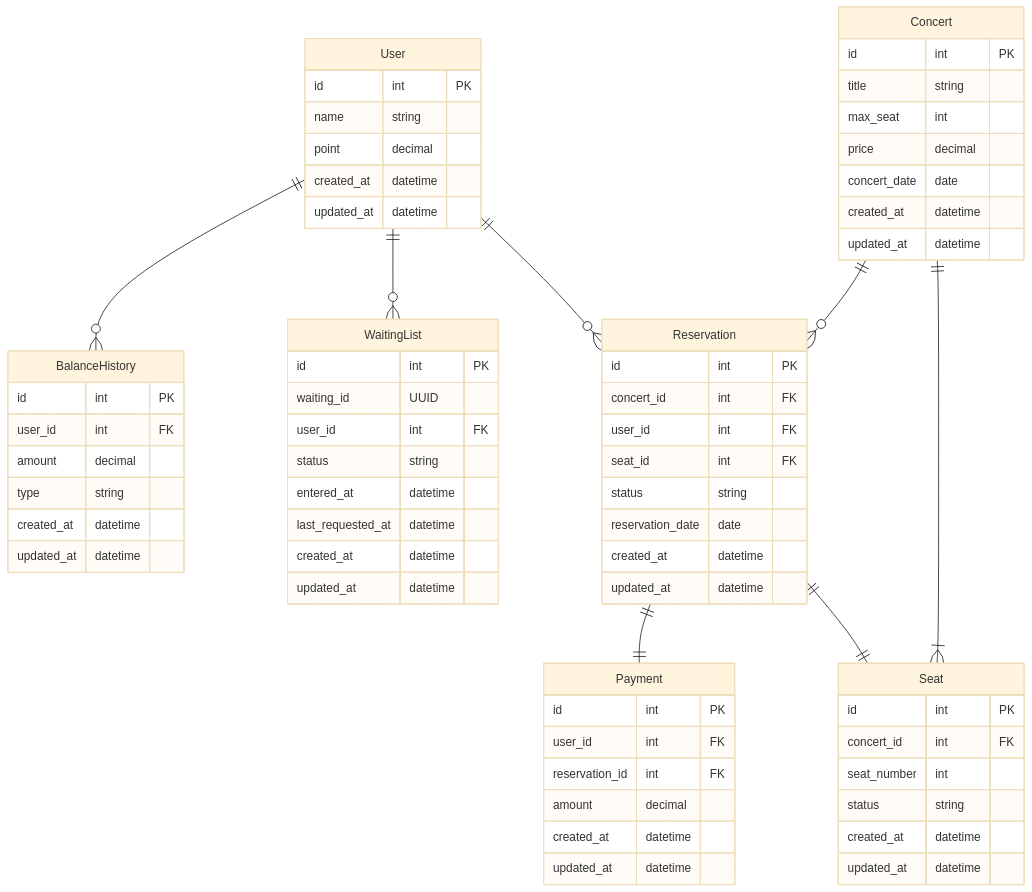
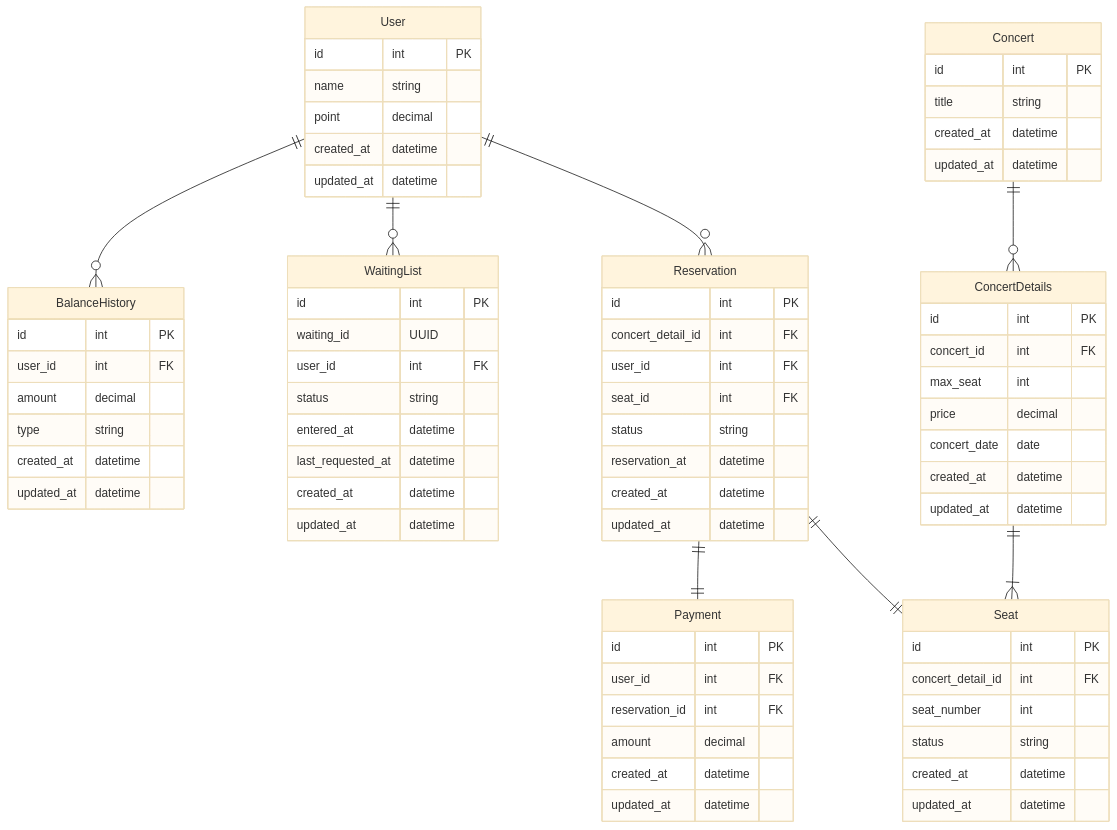
One commit to jhwon91/concert-reservation-system changed the diagram in docs/03.ERD.md. Above: the diagram before and after it, drawn with Mermaid (base theme).

Commit message:
docs: ERD 하나의 콘서트에 여려날짜 등록 할 수 있도록 수정

````diff
--- a/docs/03.ERD.md
+++ b/docs/03.ERD.md
@@ -31,6 +31,13 @@
     Concert {
         id int PK
         title string
+        created_at datetime
+        updated_at datetime
+    }
+
+    ConcertDetails {
+        id int PK
+        concert_id int FK
         max_seat int
         price decimal
         concert_date date
@@ -40,18 +47,18 @@
 
     Reservation {
         id int PK
-        concert_id int FK
+        concert_detail_id int FK
         user_id int FK
         seat_id int FK
         status string
-        reservation_date date
+        reservation_at datetime
         created_at datetime
         updated_at datetime
     }
 
     Seat {
         id int PK
-        concert_id int FK
+        concert_detail_id int FK
         seat_number int
         status string
         created_at datetime
@@ -73,8 +80,8 @@
     User ||--o{ Reservation : ""
 
     Reservation ||--|| Payment : ""
-    Concert ||--o{ Reservation : ""
-    Concert ||--|{ Seat : ""
+    Concert ||--o{ ConcertDetails : ""
+    ConcertDetails ||--|{ Seat : ""
     Reservation ||--|| Seat : ""
 
 ```
````
